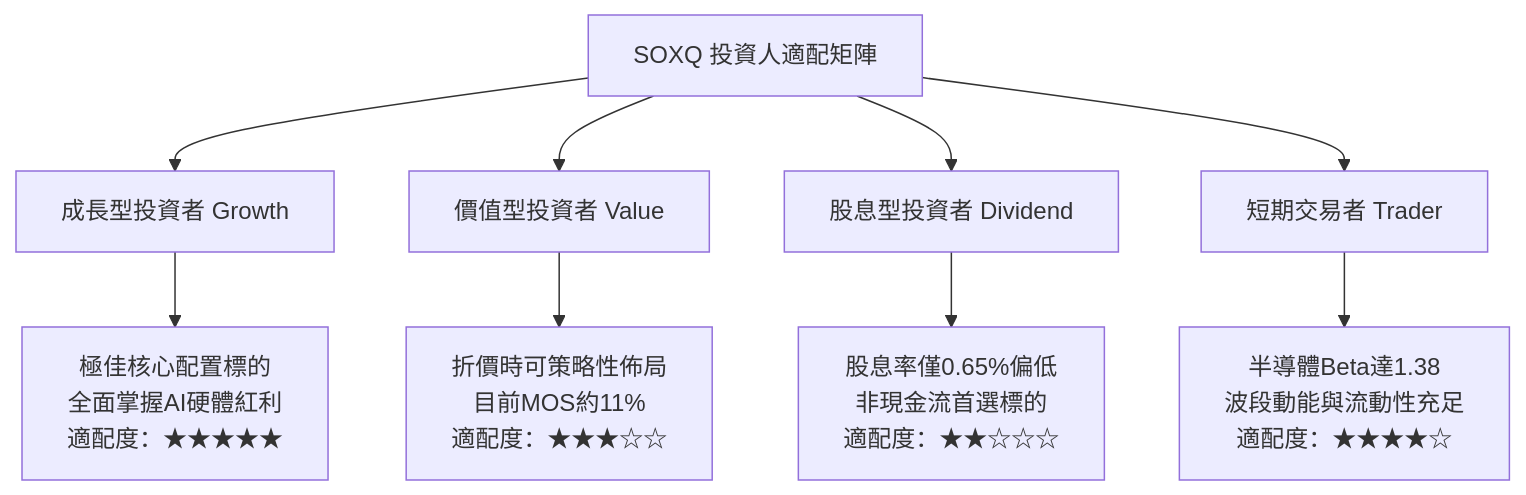
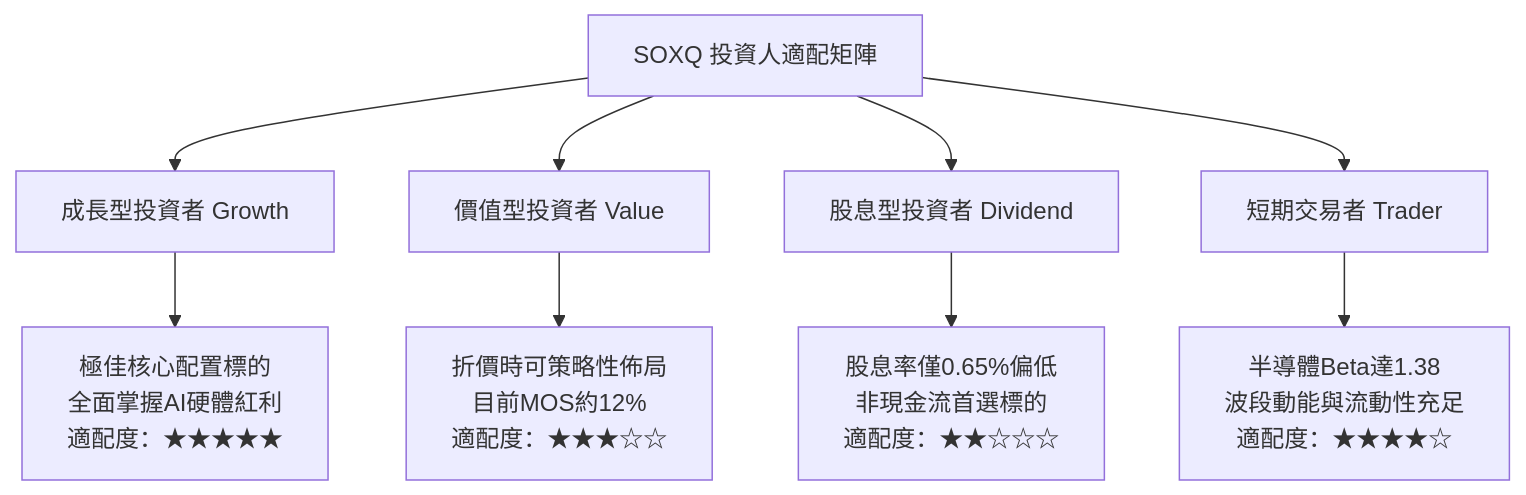
One commit to yennanliu/finance_data changed diagram 16 of 16 in ai_gen_report/fundamental/soxq/fundamental_analysis_2026-10-11_gemini.md. Above: the diagram before and after it, drawn with Mermaid. The commit also changed other lines of this file and 339 other files, not shown here.

````diff
--- a/ai_gen_report/fundamental/soxq/fundamental_analysis_2026-10-11_gemini.md
+++ b/ai_gen_report/fundamental/soxq/fundamental_analysis_2026-10-11_gemini.md
@@ -1028,14 +1043,14 @@
 ```mermaid
 graph TD
     INV["SOXQ 投資人適配矩陣"]
 
     INV --> G["成長型投資者 Growth"]
     INV --> V["價值型投資者 Value"]
     INV --> D["股息型投資者 Dividend"]
     INV --> T["短期交易者 Trader"]
 
     G --> G1["極佳核心配置標的<br/>全面掌握AI硬體紅利<br/>適配度：★★★★★"]
-    V --> V1["折價時可策略性佈局<br/>目前MOS約11%<br/>適配度：★★★☆☆"]
+    V --> V1["折價時可策略性佈局<br/>目前MOS約12%<br/>適配度：★★★☆☆"]
     D --> D1["股息率僅0.65%偏低<br/>非現金流首選標的<br/>適配度：★★☆☆☆"]
     T --> T1["半導體Beta達1.38<br/>波段動能與流動性充足<br/>適配度：★★★★☆"]
 ```
````
